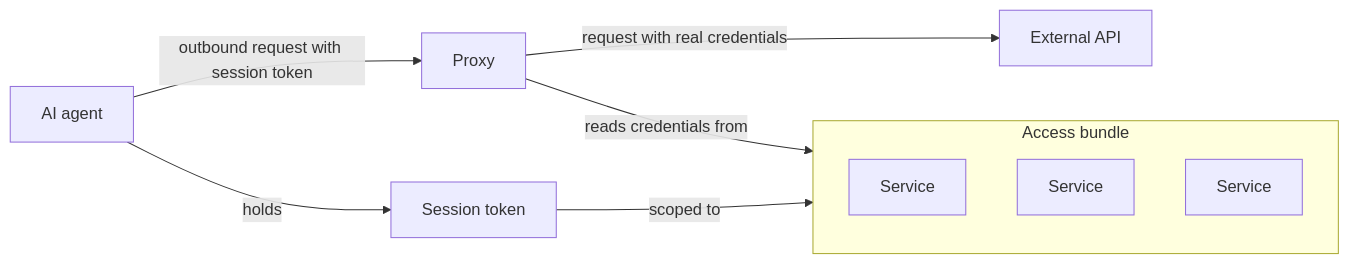
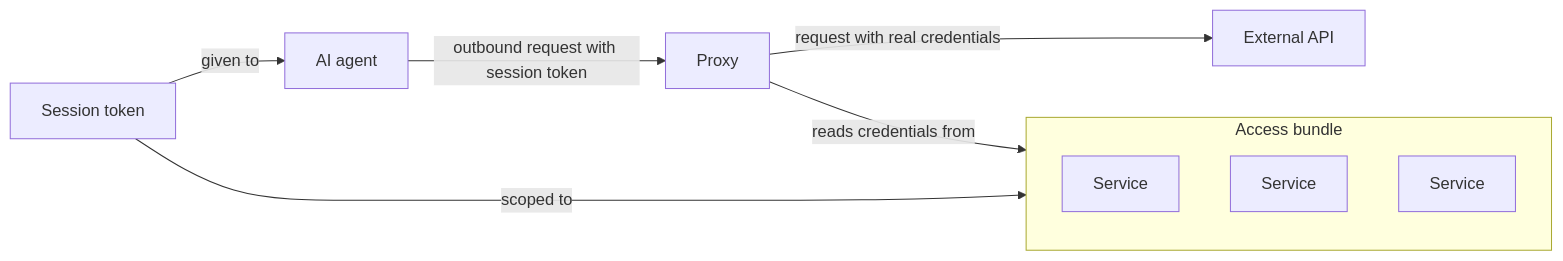
The sixth of 6 diagrams in docs/documentation/platform/agent-vault/how-it-works.mdx (Infisical/infisical), drawn with Mermaid before and after one commit. The commit also changed other lines of this file, not shown here.

````diff
--- a/docs/documentation/platform/agent-vault/how-it-works.mdx
+++ b/docs/documentation/platform/agent-vault/how-it-works.mdx
@@ -172,13 +173,13 @@
     ```mermaid
     flowchart LR
       agent["AI agent"] -->|"outbound request with session token"| proxy["Proxy"]
-      agent -->|"holds"| token["Session token"]
+      token["Session token"] -->|"given to"| agent
       proxy -->|"request with real credentials"| apis["External API"]
       proxy -->|"reads credentials from"| bundle
       token -->|"scoped to"| bundle
       subgraph bundle["Access bundle"]
         s1["Service"]
         s2["Service"]
         s3["Service"]
       end
     ```
````
